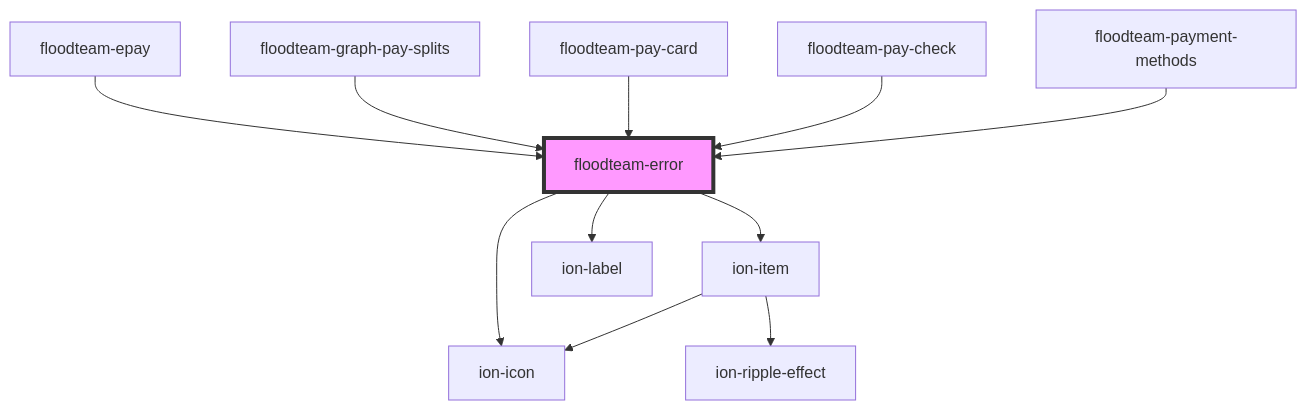
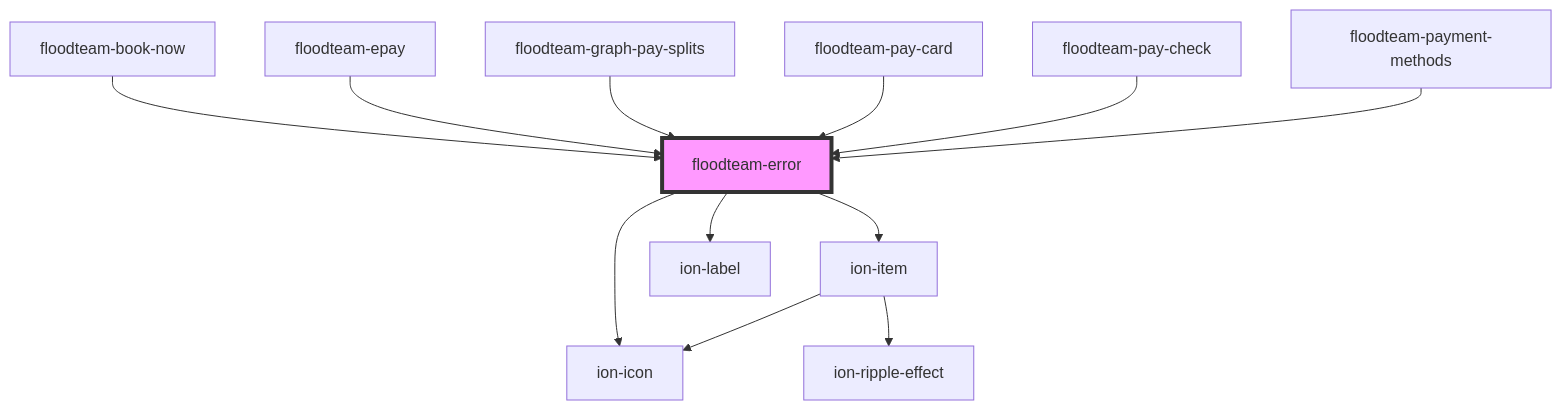
Before and after one commit to FloodTeam/components: the diagram in src/components/error/readme.md, drawn with Mermaid. The commit also changed other lines of this file and 22 other files, not shown here.

Commit message:
fix(): Add book now component, fix loader, change out thumbs up for checkmark, and  mock fireenjin events for component testing

````diff
--- a/src/components/error/readme.md
+++ b/src/components/error/readme.md
@@ -34,14 +35,15 @@
 ```mermaid
 graph TD;
   floodteam-error --> ion-item
   floodteam-error --> ion-icon
   floodteam-error --> ion-label
   ion-item --> ion-icon
   ion-item --> ion-ripple-effect
+  floodteam-book-now --> floodteam-error
   floodteam-epay --> floodteam-error
   floodteam-graph-pay-splits --> floodteam-error
   floodteam-pay-card --> floodteam-error
   floodteam-pay-check --> floodteam-error
   floodteam-payment-methods --> floodteam-error
   style floodteam-error fill:#f9f,stroke:#333,stroke-width:4px
 ```
````
